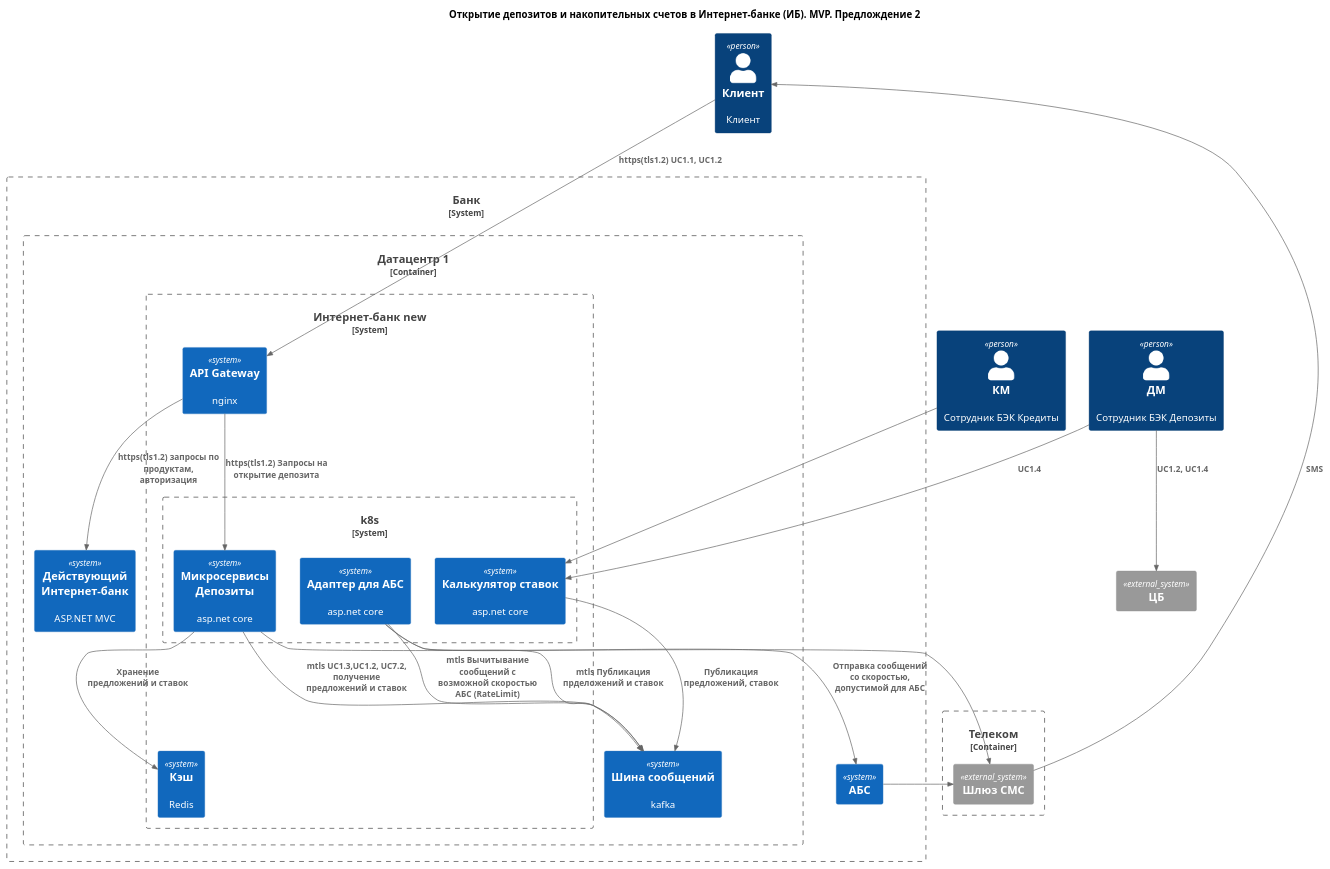
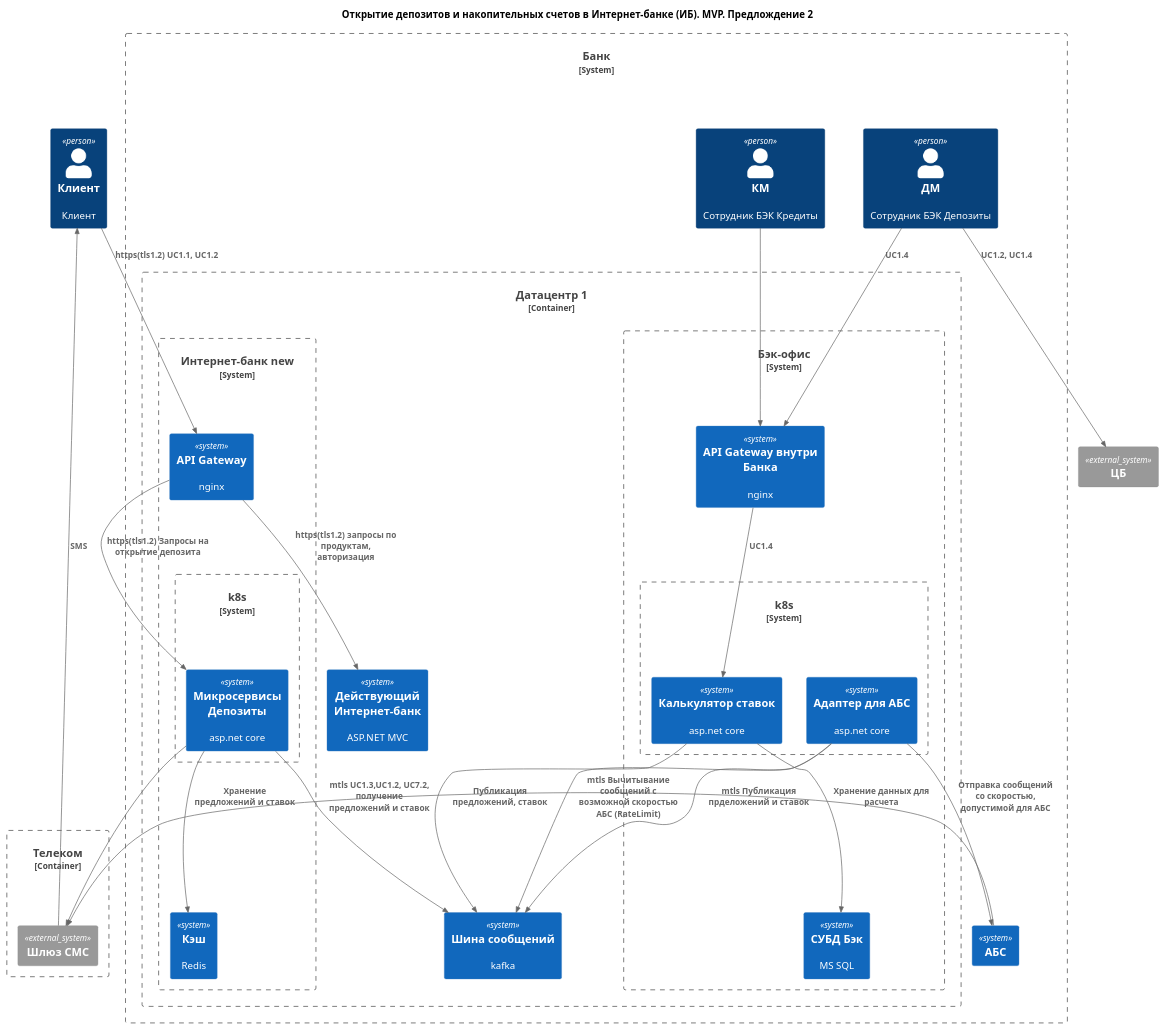
The diagram in Task3/OpenDep_MVP_Container2.puml (MikhailGrv/architecture-sprint-9), drawn with PlantUML before and after one commit. The commit also changed 6 other files, not shown here.

```diff
--- a/Task3/OpenDep_MVP_Container2.puml
+++ b/Task3/OpenDep_MVP_Container2.puml
@@ -1,61 +1,73 @@
 @startuml name OpenDep
 title Открытие депозитов и накопительных счетов в Интернет-банке (ИБ). MVP. Предлождение 2
 
 top to bottom direction
 
 !include https://raw.githubusercontent.com/RicardoNiepel/C4-PlantUML/master/C4_Component.puml
 
 Person(user, "Клиент", "Клиент")
 
-Person(uBC, "КМ", "Сотрудник БЭК Кредиты")
-Person(uBD, "ДМ", "Сотрудник БЭК Депозиты")
+
 
 
 System_Boundary(bank, "Банк") {
+    Person(uBC, "КМ", "Сотрудник БЭК Кредиты")
+    Person(uBD, "ДМ", "Сотрудник БЭК Депозиты")
     Container_Boundary(dc1, "Датацентр 1"){
         System_Boundary(ib,"Интернет-банк new",""){
             System(api, "API Gateway", "nginx")
             System_Boundary(k8s, "k8s"){
                 System(msIb, "Микросервисы Депозиты","asp.net core")
+               
+              
+            }
+           
+            System(msIbCache,"Кэш", "Redis")
+        }
+         System_Boundary(back,"Бэк-офис",""){
+            System(apiLan, "API Gateway внутри Банка", "nginx")
+            System_Boundary(k8sBack, "k8s"){
                 System(msAbsAdapter,"Адаптер для АБС","asp.net core")
                 System(msCalc,"Калькулятор ставок","asp.net core")
-              
+                
             }
-            System(msIbCache,"Кэш", "Redis")
+            System(dbBack,"СУБД Бэк","MS SQL")
         }
         
         System(ebus,"Шина сообщений","kafka")
         System(legacyIb, "Действующий Интернет-банк","ASP.NET MVC")
     }
    
     
     System(abs,"АБС","")
 }
 
 System_Ext(cb, "ЦБ", "")
 Container_Boundary(tc, "Телеком"){
     System_Ext(smsgate, "Шлюз СМС", "")
 }
 
 Rel(user, api, "https(tls1.2) UC1.1, UC1.2")
 
-Rel(uBC, msCalc, "")
-Rel(uBD, msCalc, "UC1.4")
+Rel(uBC, apiLan, "")
+Rel(uBD, apiLan, "UC1.4")
+Rel(apiLan, msCalc, "UC1.4")
 
 Rel(msIb, ebus,"mtls UC1.3,UC1.2, UC7.2, получение предложений и ставок")
 Rel(msIb, msIbCache, "Хранение предложений и ставок")
 Rel(msAbsAdapter, ebus, "mtls Вычитывание сообщений с возможной скоростью АБС (RateLimit)")
 Rel(msAbsAdapter, abs, "Отправка сообщений со скоростью, допустимой для АБС")
 Rel(msCalc,ebus, "Публикация предложений, ставок")
+Rel(msCalc,dbBack, "Хранение данных для расчета")
 Rel(msAbsAdapter, ebus, "mtls Публикация прделожений и ставок")
 Rel(abs, smsgate,"")
 Rel(msIb, smsgate,"")
 
 Rel(smsgate, user,"SMS")
 
 Rel(uBD, cb, "UC1.2, UC1.4")
 
 Rel(api, legacyIb,"https(tls1.2) запросы по продуктам, авторизация")
 Rel(api, msIb,"https(tls1.2) Запросы на открытие депозита")
 
 @enduml
```
